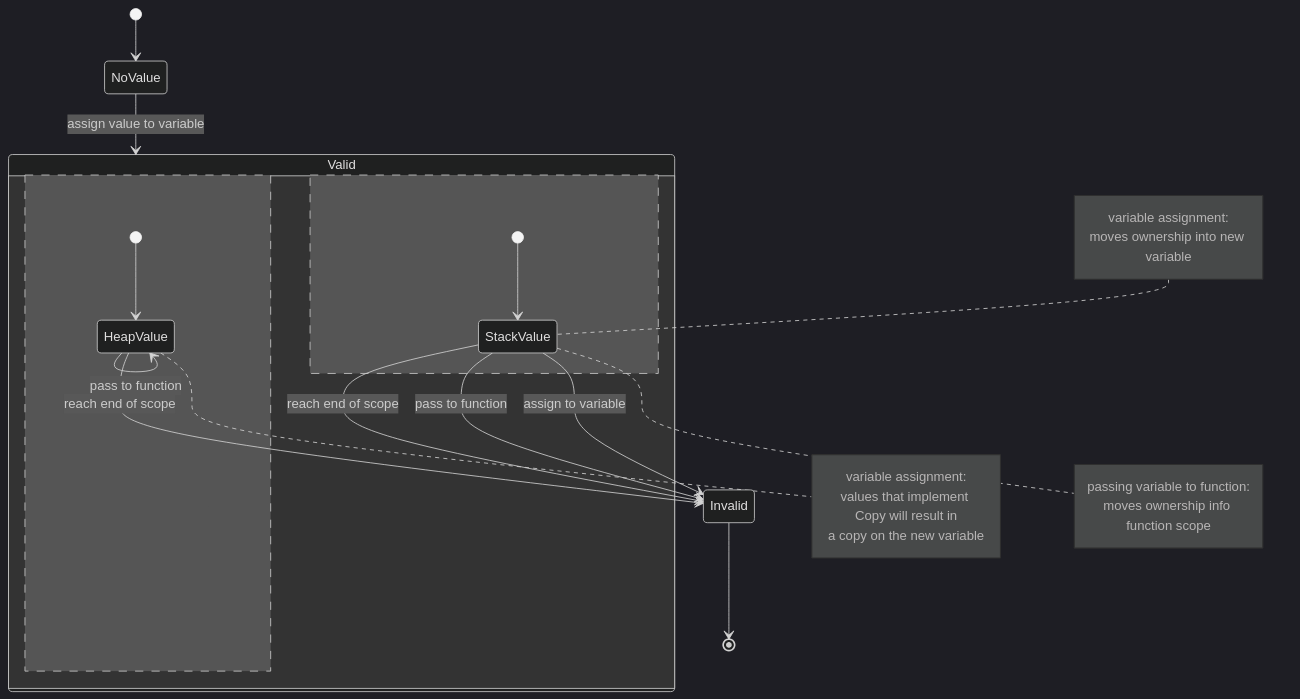
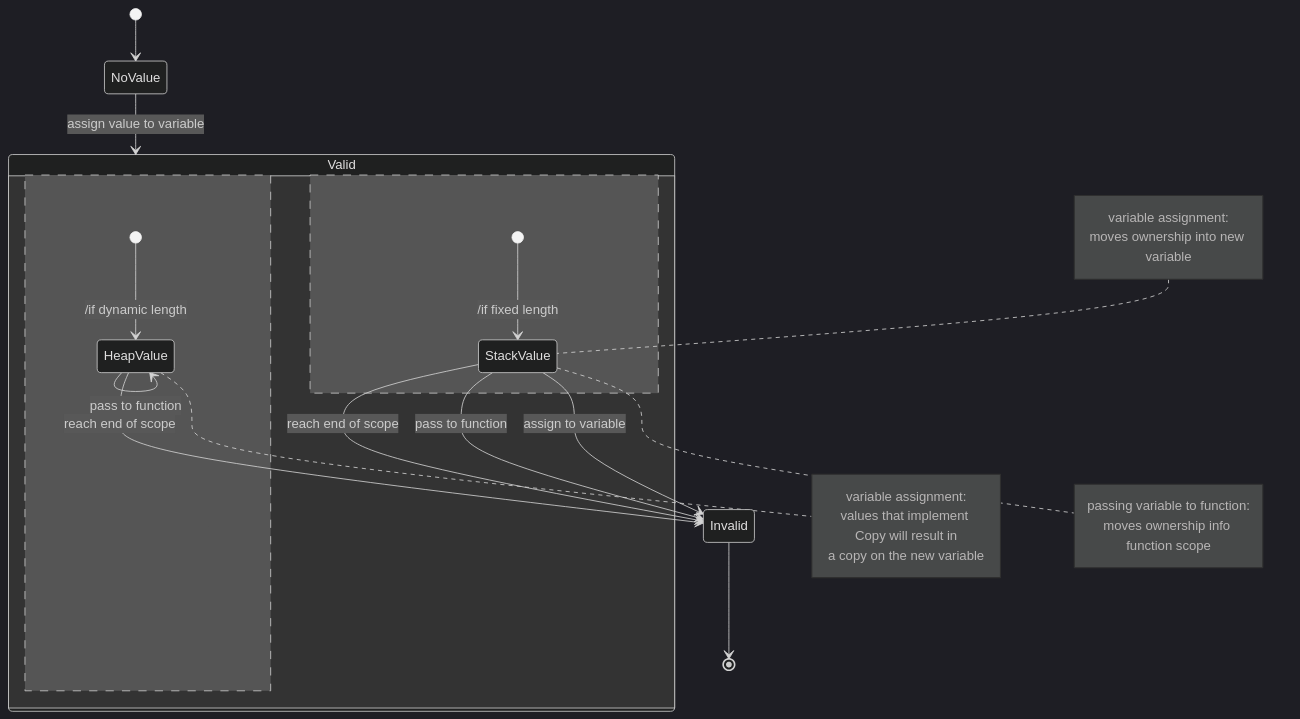
One commit to larrybotha/rust-by-example changed the diagram in README.md. Above: the diagram before and after it, drawn with Mermaid (dark theme).

````diff
--- a/README.md
+++ b/README.md
@@ -10,35 +10,35 @@
   ```mermaid
   stateDiagram-v2
     [*] --> NoValue
     NoValue --> Valid: assign value to variable
 
     state Valid {
-        [*] --> HeapValue 
+        [*] --> HeapValue: /if dynamic length
         HeapValue --> HeapValue: assign to variable
         HeapValue --> HeapValue: pass to function
         note right of HeapValue
             variable assignment:
             values that implement Copy will result in
             a copy on the new variable
         end note
         --
-        [*] --> StackValue
+        [*] --> StackValue: /if fixed length
         note left of StackValue
             variable assignment:
             moves ownership into new variable
         end note
 
         note right of StackValue
             passing variable to function:
             moves ownership info function scope
         end note
     }
 
     HeapValue --> Invalid: reach end of scope
 
     StackValue --> Invalid: assign to variable
     StackValue --> Invalid: pass to function
     StackValue --> Invalid: reach end of scope
 
     Invalid --> [*]
   ```
````
